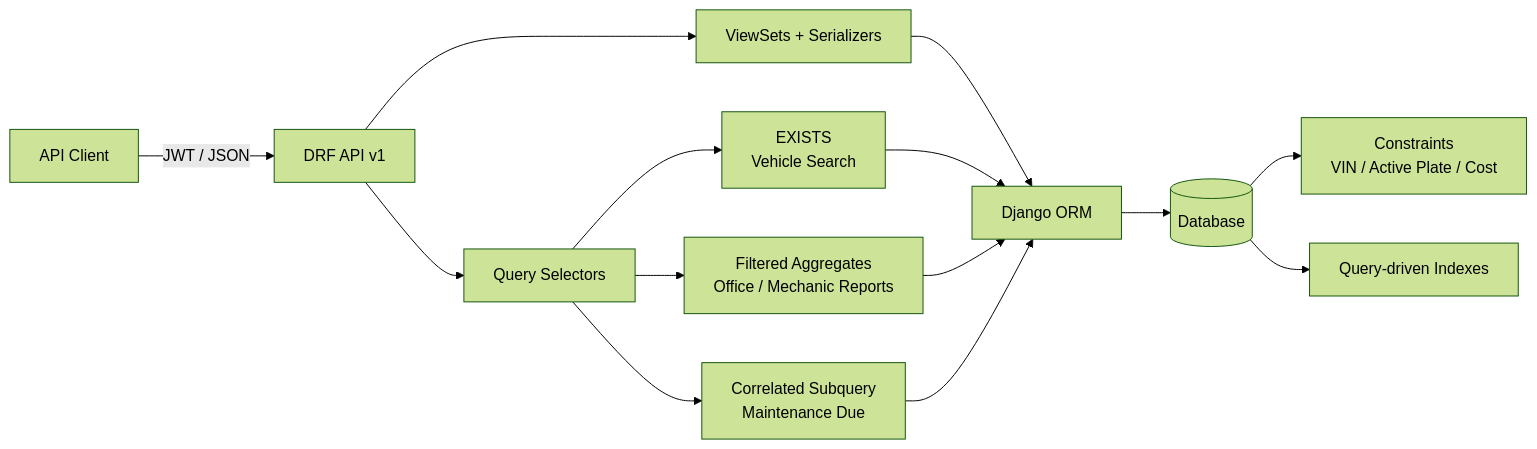
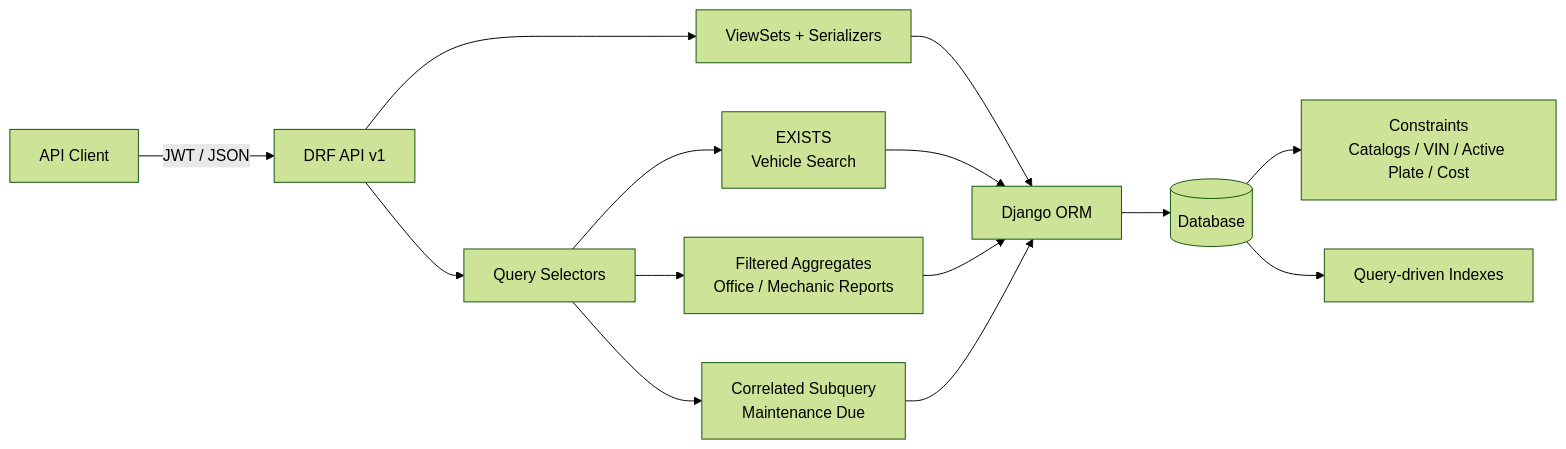
The diagram in backend_focused/docs/SYSTEM_DESIGN.md (apollo-brokers/limit_challenge), drawn with Mermaid (forest theme) before and after one commit. The commit also changed other lines of this file, not shown here.

````diff
--- a/backend_focused/docs/SYSTEM_DESIGN.md
+++ b/backend_focused/docs/SYSTEM_DESIGN.md
@@ -17,21 +17,21 @@
 ```mermaid
 flowchart LR
     C[API Client] -->|JWT / JSON| API[DRF API v1]
 
     API --> CRUD[ViewSets + Serializers]
     API --> Q[Query Selectors]
 
     Q --> E[EXISTS<br/>Vehicle Search]
     Q --> A[Filtered Aggregates<br/>Office / Mechanic Reports]
     Q --> S[Correlated Subquery<br/>Maintenance Due]
 
     CRUD --> ORM[Django ORM]
     E --> ORM
     A --> ORM
     S --> ORM
 
     ORM --> DB[(Database)]
 
-    DB --> C1[Constraints<br/>VIN / Active Plate / Cost]
+    DB --> C1[Constraints<br/>Catalogs / VIN / Active Plate / Cost]
     DB --> I[Query-driven Indexes]
 ```
````
